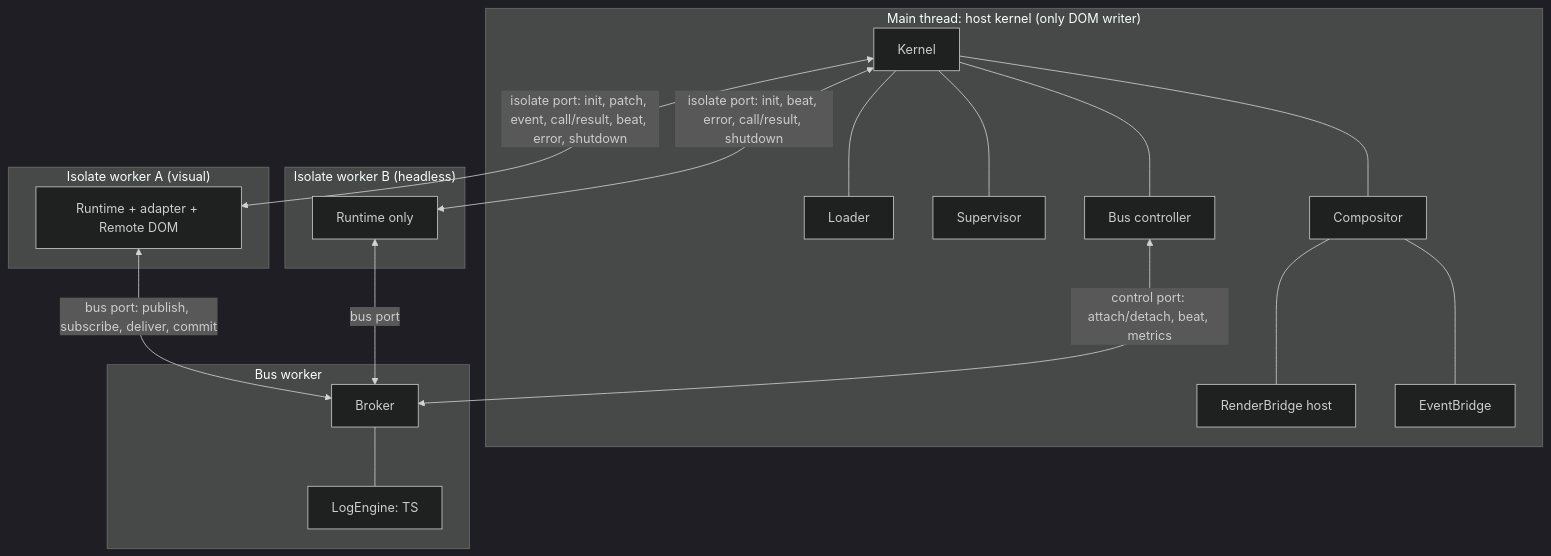
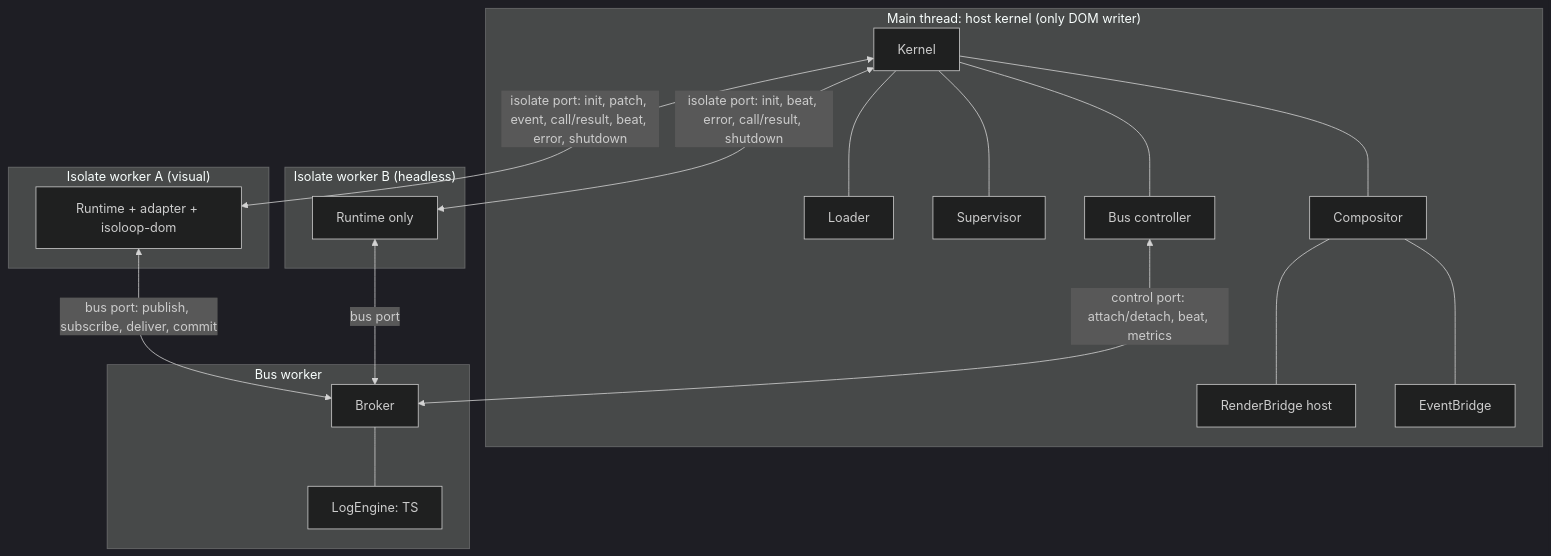
One commit to isoloop/isoloop changed the first of 8 diagrams in docs/design/system-design.md. Above: the diagram before and after it, drawn with Mermaid (dark theme). The commit also changed other lines of this file and 7 other files, not shown here.

````diff
--- a/docs/design/system-design.md
+++ b/docs/design/system-design.md
@@ -17,26 +17,26 @@
 ```mermaid
 flowchart TB
   subgraph Main["Main thread: host kernel (only DOM writer)"]
     K[Kernel] --- L[Loader]
     K --- S[Supervisor]
     K --- C[Compositor]
     K --- BC[Bus controller]
     C --- RB[RenderBridge host]
     C --- EB[EventBridge]
   end
   subgraph BW["Bus worker"]
     BR[Broker] --- EN[LogEngine: TS]
   end
   subgraph PA["Isolate worker A (visual)"]
-    RA[Runtime + adapter + Remote DOM]
+    RA[Runtime + adapter + isoloop-dom]
   end
   subgraph PB["Isolate worker B (headless)"]
     RBB[Runtime only]
   end
 
   K <-- "isolate port: init, patch, event, call/result, beat, error, shutdown" --> RA
   K <-- "isolate port: init, beat, error, call/result, shutdown" --> RBB
   BC <-- "control port: attach/detach, beat, metrics" --> BR
   RA <-- "bus port: publish, subscribe, deliver, commit" --> BR
   RBB <-- "bus port" --> BR
 ```
````
